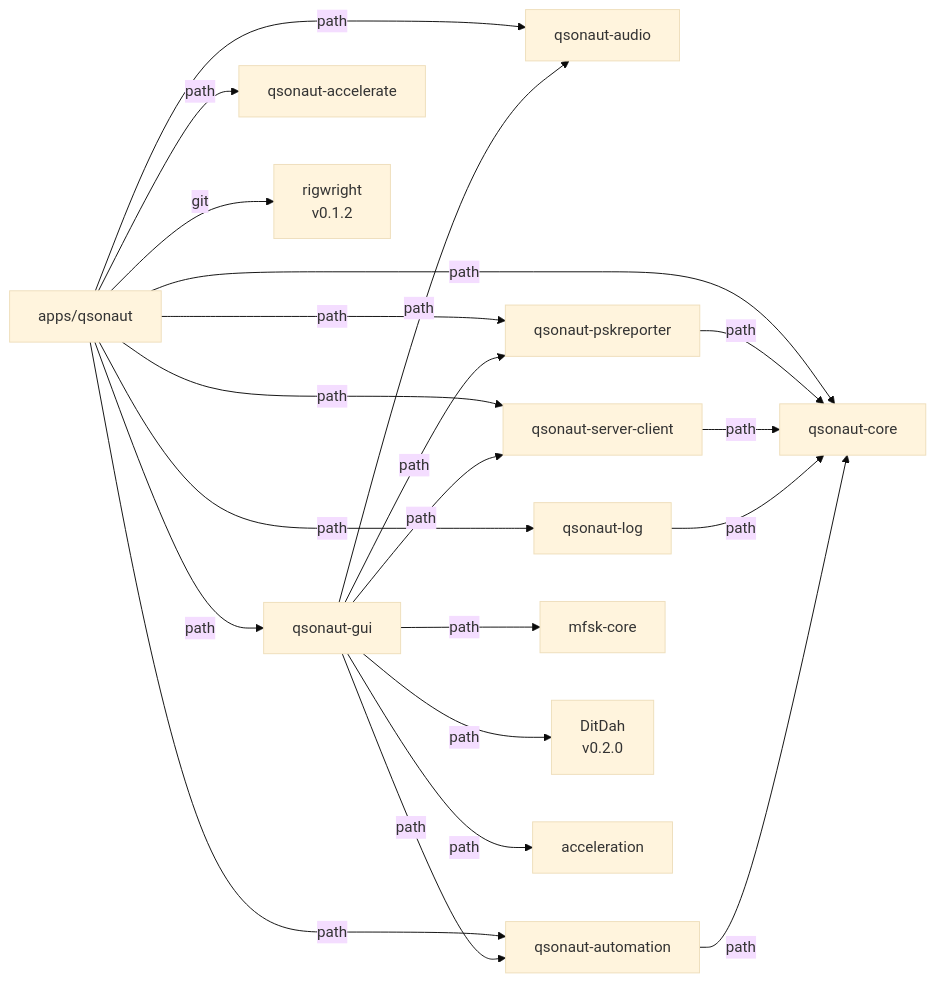
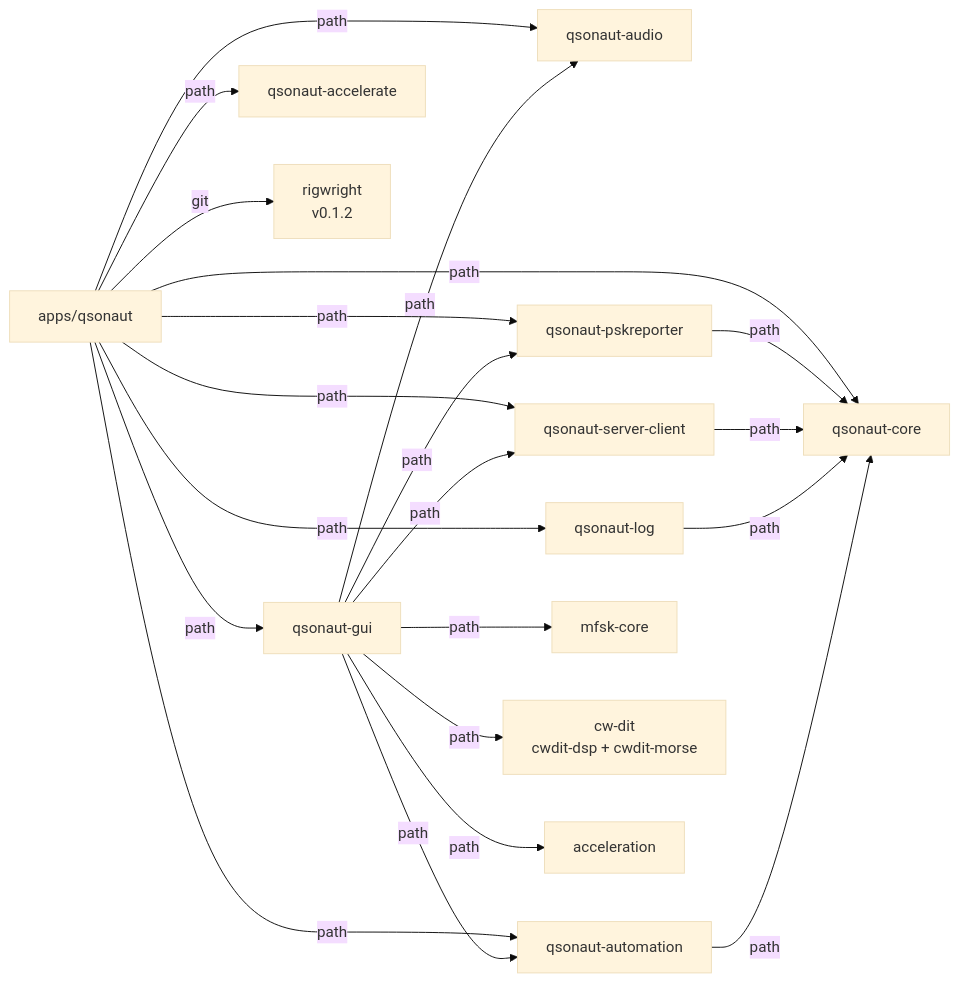
One commit to nicksbar/QSONaut changed the third of 6 diagrams in docs/ARCHITECTURE.md. Above: the diagram before and after it, drawn with Mermaid (base theme). The commit also changed other lines of this file and 20 other files, not shown here.

Commit message:
feat(cw): replace ditdah with cw-dit

````diff
--- a/docs/ARCHITECTURE.md
+++ b/docs/ARCHITECTURE.md
@@ -90,38 +90,38 @@
 ```mermaid
 graph LR
     qsonaut[apps/qsonaut]
     audio[qsonaut-audio]
     core[qsonaut-core]
     gui[qsonaut-gui]
     log[qsonaut-log]
     automation[qsonaut-automation]
     psk[qsonaut-pskreporter]
     server-client[qsonaut-server-client]
     accelerate[qsonaut-accelerate]
     mfsk[mfsk-core]
-    ditdah[DitDah<br/>v0.2.0]
+    cwdit[cw-dit<br/>cwdit-dsp + cwdit-morse]
     rigwright[rigwright<br/>v0.1.2]
     
     qsonaut -->|path| gui
     qsonaut -->|path| core
     qsonaut -->|path| audio
     qsonaut -->|path| log
     qsonaut -->|path| automation
     qsonaut -->|path| psk
     qsonaut -->|path| server-client
     qsonaut -->|path| accelerate
     qsonaut -->|git| rigwright
     
     gui -->|path| mfsk
-    gui -->|path| ditdah
+    gui -->|path| cwdit
     gui -->|path| audio
     gui -->|path| acceleration
     gui -->|path| automation
     gui -->|path| server-client
     gui -->|path| psk
     
     psk -->|path| core
     server-client -->|path| core
     log -->|path| core
     automation -->|path| core
 ```
````
